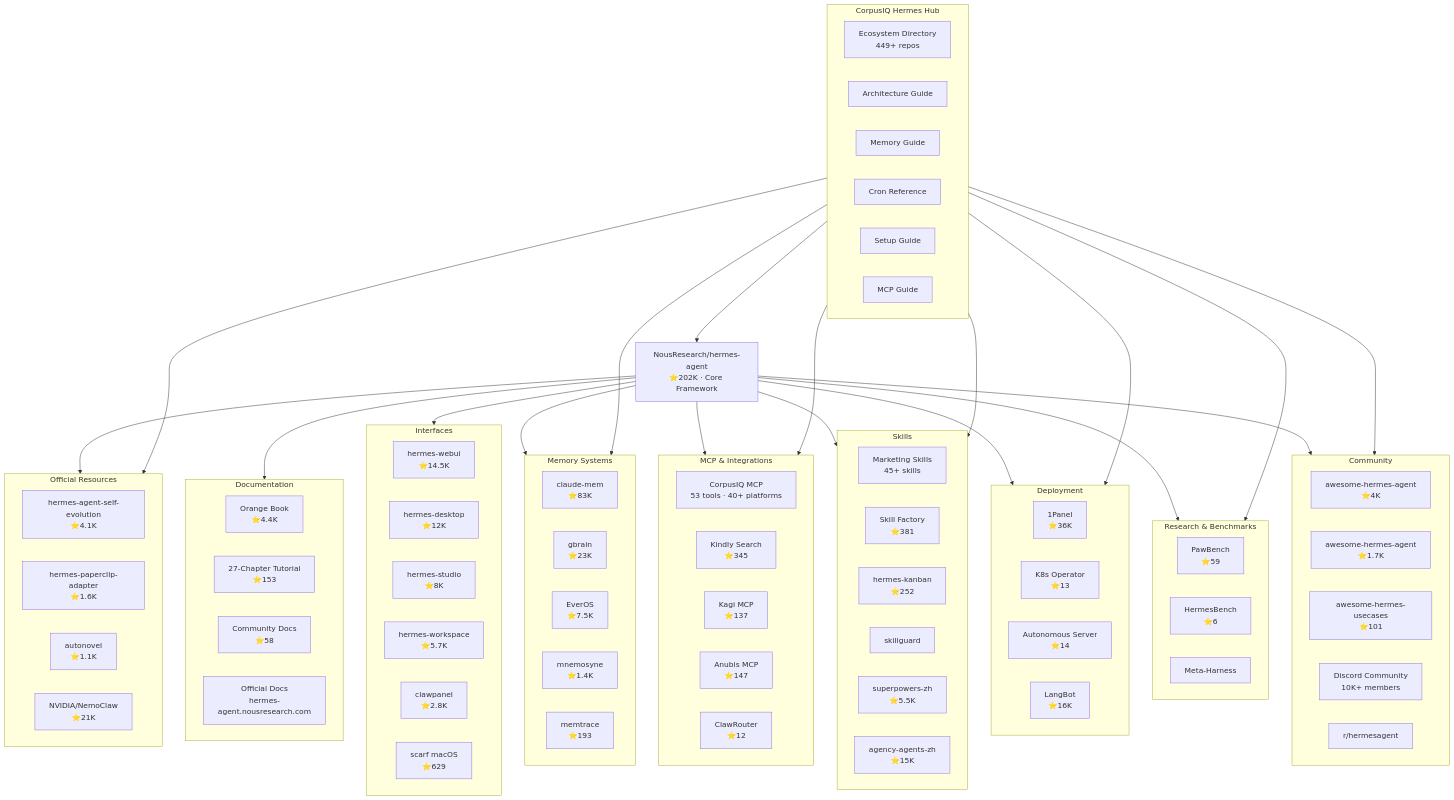
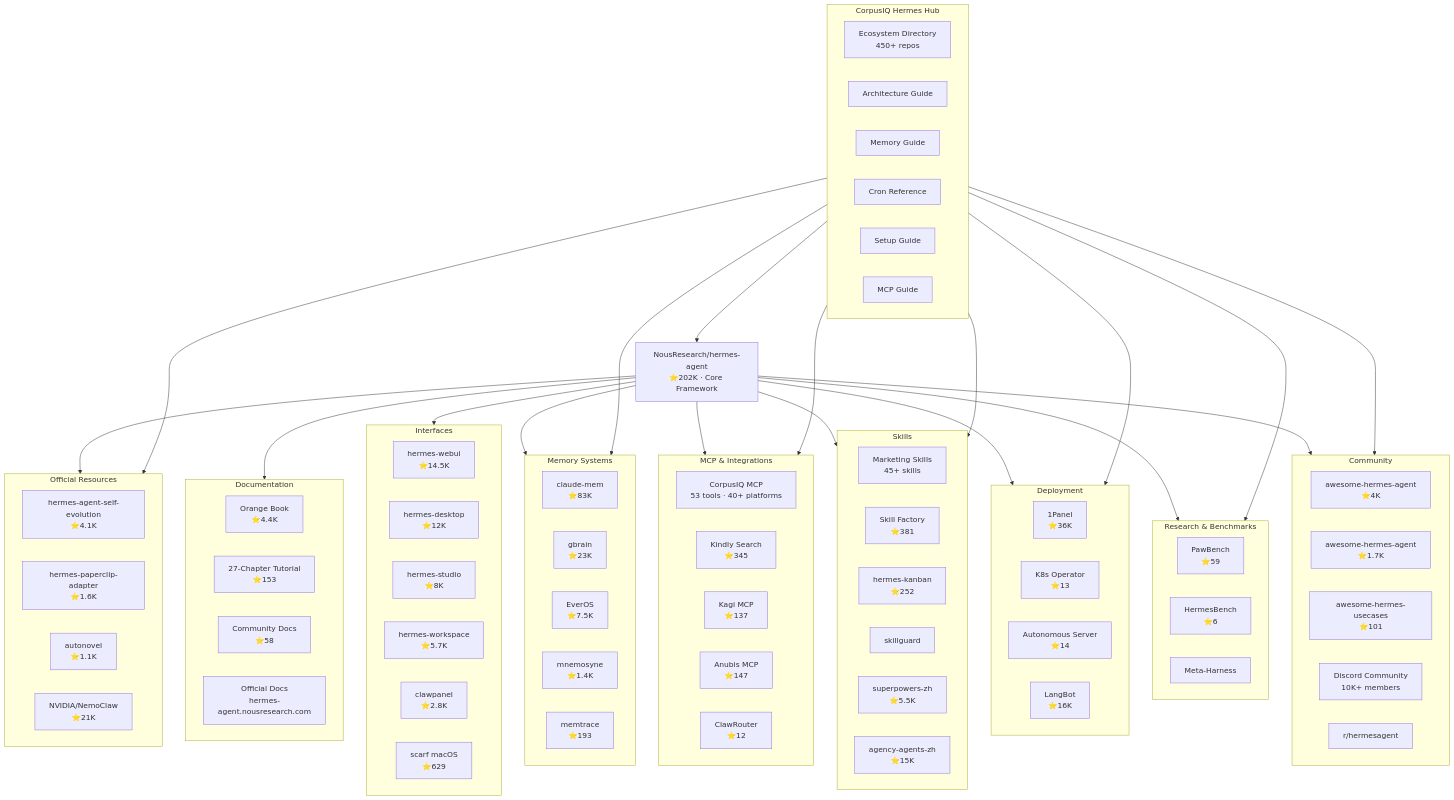
One commit to CorpusIQ/corpusiq-docs changed the first of 4 diagrams in hermes/ecosystem-map.md. Above: the diagram before and after it, drawn with Mermaid. The commit also changed other lines of this file and 38 other files, not shown here.

```diff
--- a/hermes/ecosystem-map.md
+++ b/hermes/ecosystem-map.md
@@ -88,7 +88,7 @@
     end
 
     subgraph CORPUSIQ_HUB[CorpusIQ Hermes Hub]
-        ECOSYSTEM[Ecosystem Directory<br/>449+ repos]
+        ECOSYSTEM[Ecosystem Directory<br/>450+ repos]
         ARCHITECTURE[Architecture Guide]
         KNOWLEDGE[Memory Guide]
         CRONS[Cron Reference]
```
